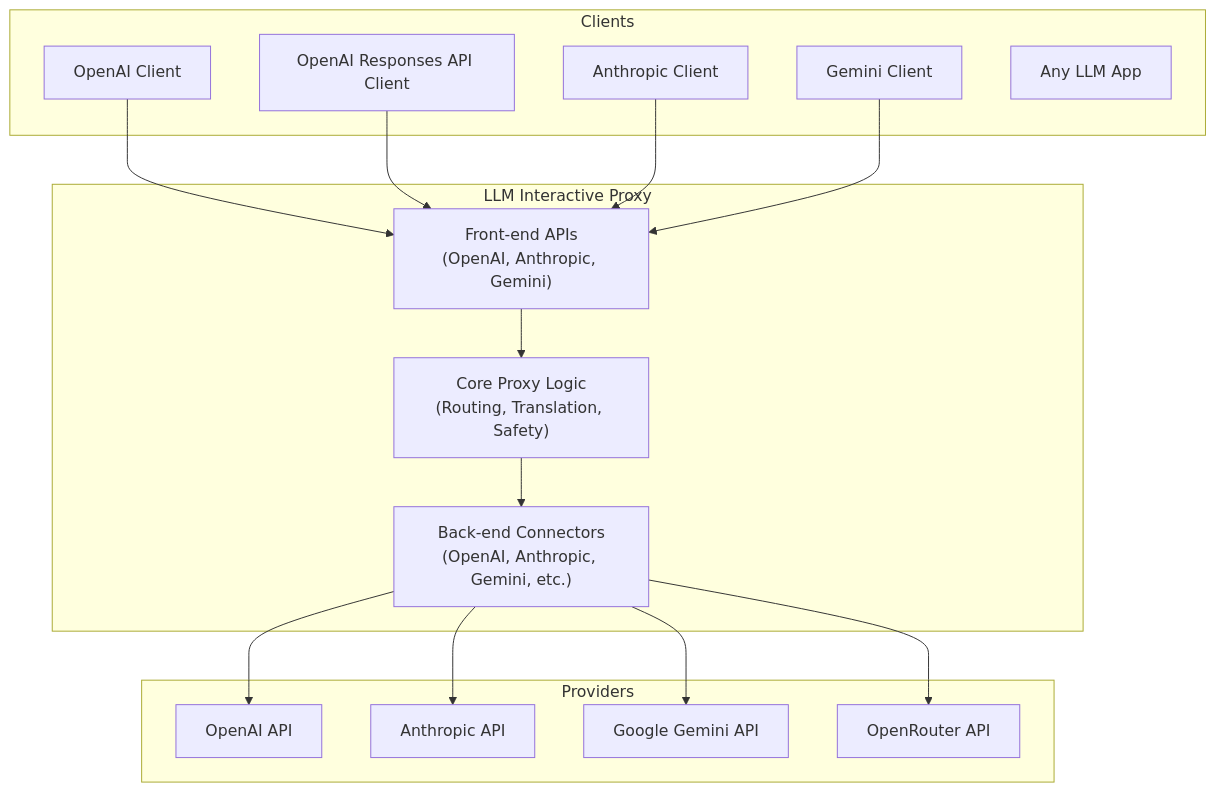
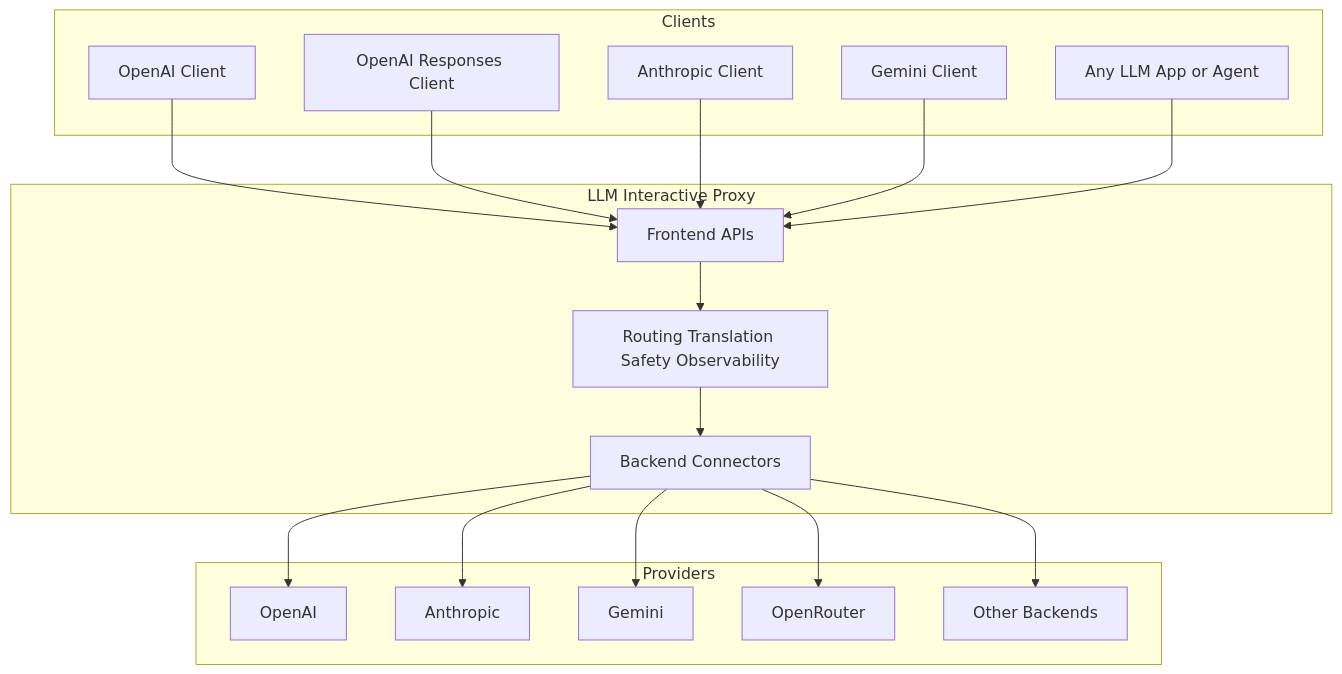
The diagram in README.md (matdev83/llm-interactive-proxy), drawn with Mermaid before and after one commit. The commit also changed other lines of this file, not shown here.

````diff
--- a/README.md
+++ b/README.md
@@ -126,33 +300,36 @@
 ```mermaid
 graph TD
     subgraph "Clients"
         A[OpenAI Client]
-        B[OpenAI Responses API Client]
+        B[OpenAI Responses Client]
         C[Anthropic Client]
         D[Gemini Client]
-        E[Any LLM App]
+        E[Any LLM App or Agent]
     end
 
     subgraph "LLM Interactive Proxy"
-        FE["Front-end APIs<br/>(OpenAI, Anthropic, Gemini)"]
-        Core["Core Proxy Logic<br/>(Routing, Translation, Safety)"]
-        BE["Back-end Connectors<br/>(OpenAI, Anthropic, Gemini, etc.)"]
+        FE[Frontend APIs]
+        Core[Routing Translation Safety Observability]
+        BE[Backend Connectors]
         FE --> Core --> BE
     end
 
     subgraph "Providers"
-        P1[OpenAI API]
-        P2[Anthropic API]
-        P3[Google Gemini API]
-        P4[OpenRouter API]
+        P1[OpenAI]
+        P2[Anthropic]
+        P3[Gemini]
+        P4[OpenRouter]
+        P5[Other Backends]
     end
 
     A --> FE
     B --> FE
     C --> FE
     D --> FE
+    E --> FE
     BE --> P1
     BE --> P2
     BE --> P3
     BE --> P4
+    BE --> P5
 ```
````
